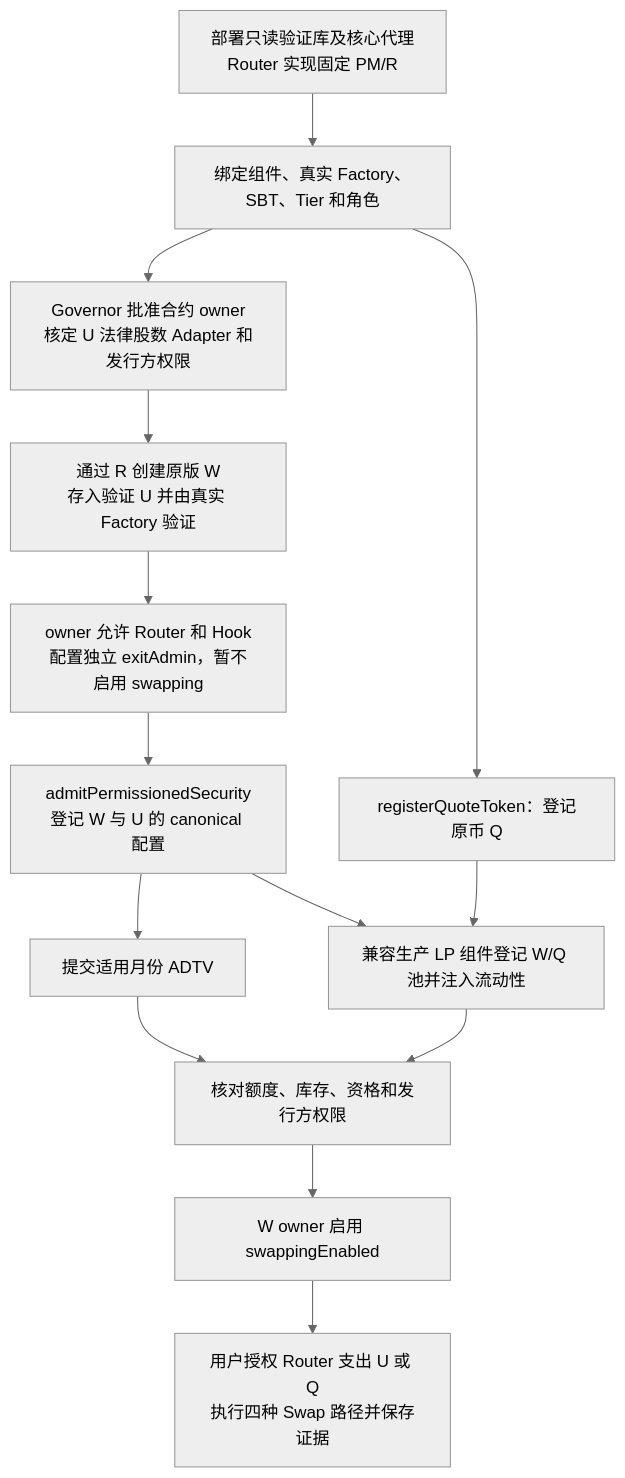
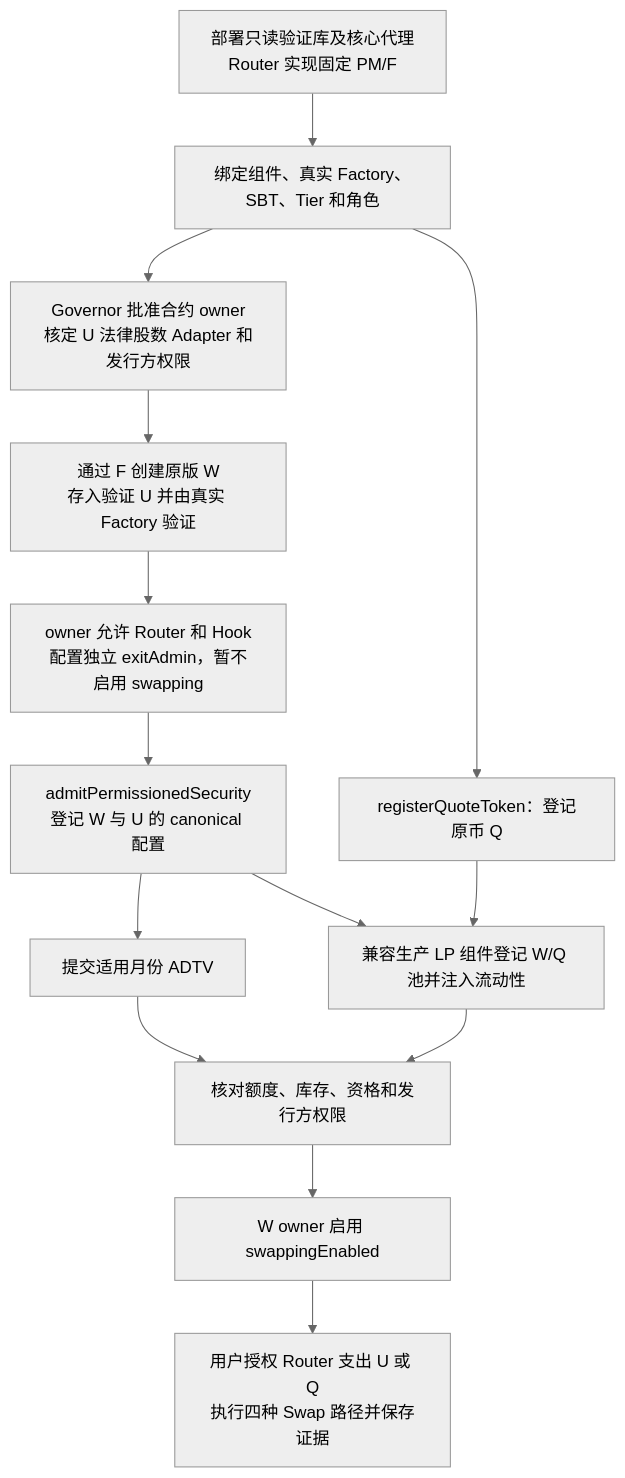
Before and after one commit to okx/tsv: the diagram in docs/OPENING_A_STOCK_MARKET_V1.md, drawn with Mermaid (neutral theme). The commit also changed other lines of this file and 81 other files, not shown here.

````diff
--- a/docs/OPENING_A_STOCK_MARKET_V1.md
+++ b/docs/OPENING_A_STOCK_MARKET_V1.md
@@ -7,16 +7,16 @@
 ```mermaid
 flowchart TD
-    A[部署只读验证库及核心代理<br/>Router 实现固定 PM/R] --> B[绑定组件、真实 Factory、SBT、Tier 和角色]
+    A[部署只读验证库及核心代理<br/>Router 实现固定 PM/F] --> B[绑定组件、真实 Factory、SBT、Tier 和角色]
     B --> C[Governor 批准合约 owner<br/>核定 U 法律股数 Adapter 和发行方权限]
-    C --> D[通过 R 创建原版 W<br/>存入验证 U 并由真实 Factory 验证]
+    C --> D[通过 F 创建原版 W<br/>存入验证 U 并由真实 Factory 验证]
     D --> E[owner 允许 Router 和 Hook<br/>配置独立 exitAdmin，暂不启用 swapping]
     E --> F[admitPermissionedSecurity<br/>登记 W 与 U 的 canonical 配置]
     B --> Q[registerQuoteToken：登记原币 Q]
     F --> V[提交适用月份 ADTV]
     F --> L[兼容生产 LP 组件登记 W/Q 池并注入流动性]
     Q --> L
     V --> G[核对额度、库存、资格和发行方权限]
     L --> G
     G --> H[W owner 启用 swappingEnabled]
     H --> I[用户授权 Router 支出 U 或 Q<br/>执行四种 Swap 路径并保存证据]
 ```
````
